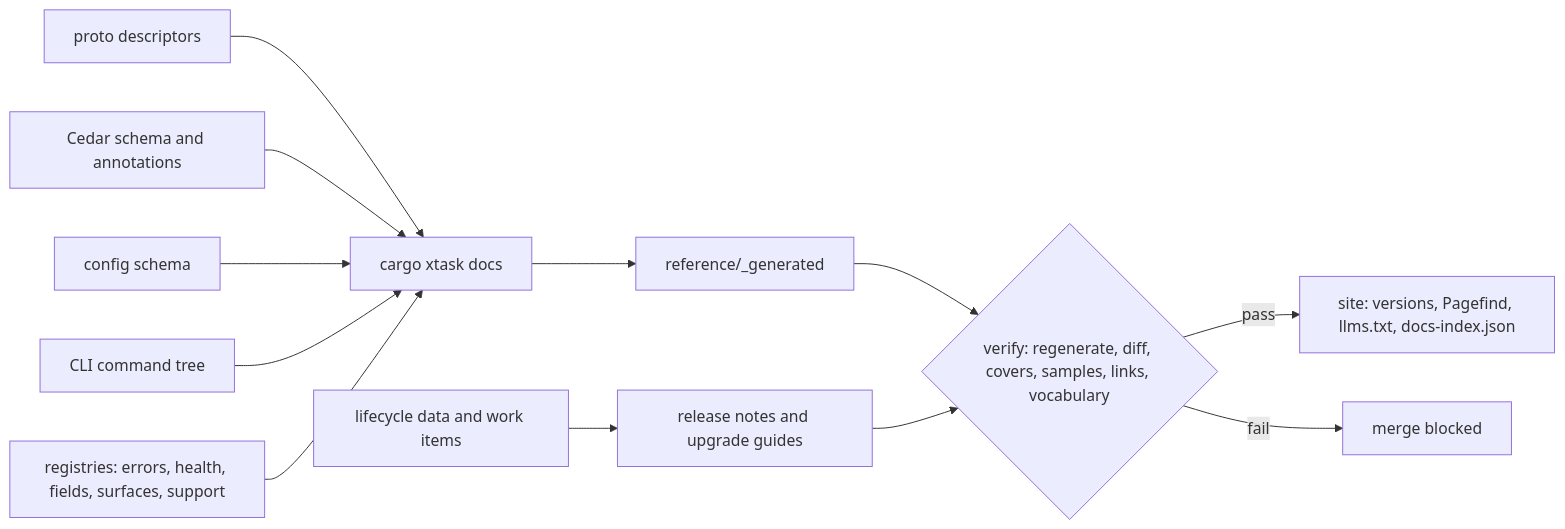
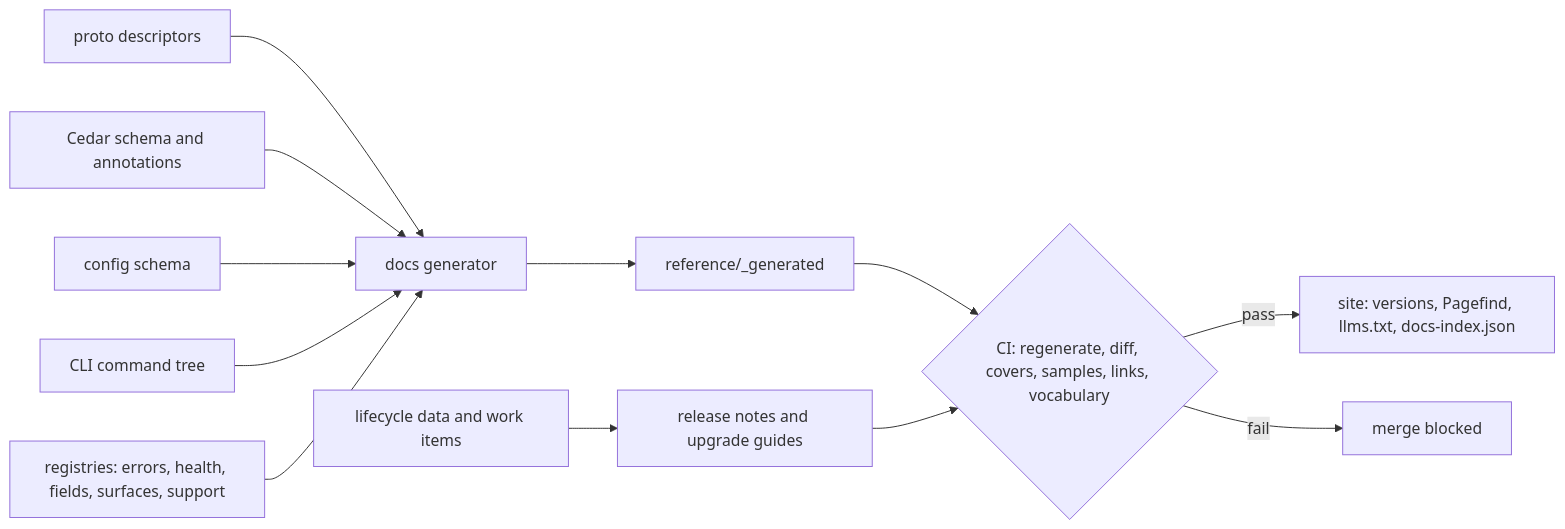
The first of 2 diagrams in docs/design/34-documentation-support-and-lifecycle.md (416rehman/Guardrails), drawn with Mermaid before and after one commit. The commit also changed other lines of this file and 26 other files, not shown here.

````diff
--- a/docs/design/34-documentation-support-and-lifecycle.md
+++ b/docs/design/34-documentation-support-and-lifecycle.md
@@ -61,14 +61,14 @@
 ```mermaid
 flowchart LR
-  P[proto descriptors] --> G[cargo xtask docs]
+  P[proto descriptors] --> G[docs generator]
   C[Cedar schema and annotations] --> G
   K[config schema] --> G
   T[CLI command tree] --> G
   R[registries: errors, health, fields, surfaces, support] --> G
   L[lifecycle data and work items] --> N[release notes and upgrade guides]
   G --> D[reference/_generated]
-  D --> V{verify: regenerate, diff, covers, samples, links, vocabulary}
+  D --> V{CI: regenerate, diff, covers, samples, links, vocabulary}
   N --> V
   V -->|pass| S[site: versions, Pagefind, llms.txt, docs-index.json]
   V -->|fail| X[merge blocked]
 ```
````
